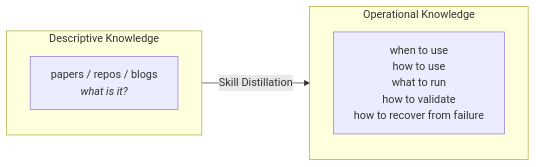
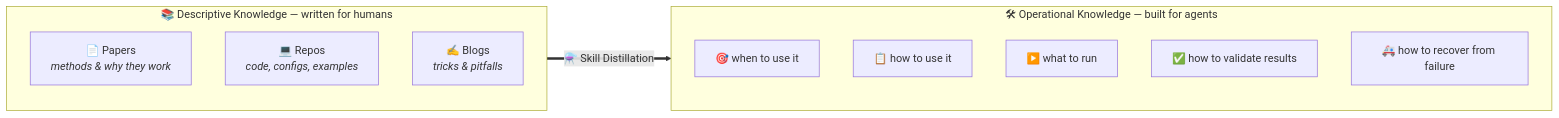
One commit to Lolo1222/AREX-Skill changed the second of 5 diagrams in README.md. Above: the diagram before and after it, drawn with Mermaid. The commit also changed other lines of this file and 1 other file, not shown here.

First line of the commit message:
docs: first-screen value proposition, richer diagrams, unlink private report

````diff
--- a/README.md
+++ b/README.md
@@ -73,10 +73,18 @@
 ```mermaid
 flowchart LR
-    subgraph D["Descriptive Knowledge"]
-        d1["papers / repos / blogs<br><i>what is it?</i>"]
+    subgraph D["📚 Descriptive Knowledge — written for humans"]
+        direction TB
+        d1["📄 Papers<br><i>methods & why they work</i>"]
+        d2["💻 Repos<br><i>code, configs, examples</i>"]
+        d3["✍️ Blogs<br><i>tricks & pitfalls</i>"]
     end
-    D -- "Skill Distillation" --> O
-    subgraph O["Operational Knowledge"]
-        o1["when to use<br>how to use<br>what to run<br>how to validate<br>how to recover from failure"]
+    D == "⚗️ Skill Distillation" ==> O
+    subgraph O["🛠 Operational Knowledge — built for agents"]
+        direction TB
+        o1["🎯 when to use it"]
+        o2["📋 how to use it"]
+        o3["▶️ what to run"]
+        o4["✅ how to validate results"]
+        o5["🚑 how to recover from failure"]
     end
 ```
````
